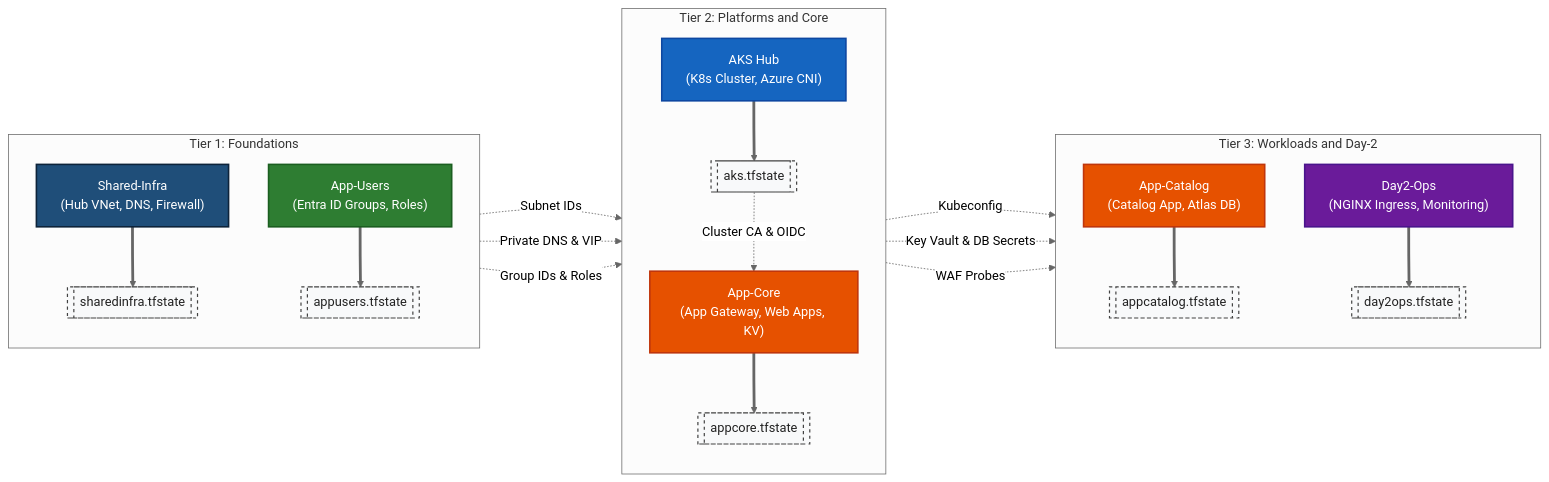
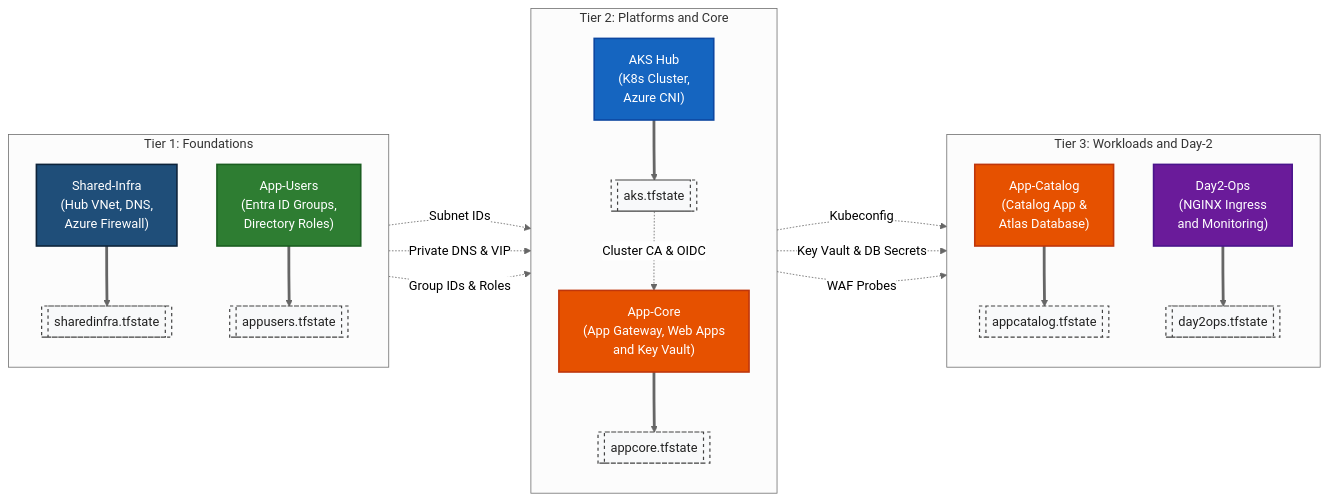
One commit to nubenetes/terraform-azure-devops-agentic changed the fourth of 6 diagrams in README.md. Above: the diagram before and after it, drawn with Mermaid (neutral theme).

Commit message:
docs: resolve text clipping in Section 6 diagram for App-Core node

````diff
--- a/README.md
+++ b/README.md
@@ -493,57 +493,57 @@
 ```mermaid
 flowchart LR
     classDef foundation fill:#1f4e79,stroke:#0d233a,stroke-width:2px,color:#fff;
     classDef identity fill:#2e7d32,stroke:#1b5e20,stroke-width:2px,color:#fff;
     classDef compute fill:#1565c0,stroke:#0d47a1,stroke-width:2px,color:#fff;
     classDef app fill:#e65100,stroke:#bf360c,stroke-width:2px,color:#fff;
     classDef ops fill:#6a1b9a,stroke:#4a148c,stroke-width:2px,color:#fff;
     classDef state fill:#f8f9fa,stroke:#424242,stroke-width:1.5px,stroke-dasharray: 4 4,color:#212121;
 
     subgraph Col1 ["Tier 1: Foundations"]
         direction TB
-        SI["Shared-Infra<br/>(Hub VNet, DNS, Firewall)"]
-        S_SI[["sharedinfra.tfstate"]]
+        SI["Shared-Infra<br/>(Hub VNet, DNS,<br/>Azure Firewall)"]
+        S_SI[[" sharedinfra.tfstate "]]
         SI ==> S_SI
         
-        AU["App-Users<br/>(Entra ID Groups, Roles)"]
-        S_AU[["appusers.tfstate"]]
+        AU["App-Users<br/>(Entra ID Groups,<br/>Directory Roles)"]
+        S_AU[[" appusers.tfstate "]]
         AU ==> S_AU
     end
 
     subgraph Col2 ["Tier 2: Platforms and Core"]
         direction TB
-        AKS["AKS Hub<br/>(K8s Cluster, Azure CNI)"]
-        S_AKS[["aks.tfstate"]]
+        AKS["AKS Hub<br/>(K8s Cluster,<br/>Azure CNI)"]
+        S_AKS[[" aks.tfstate "]]
         AKS ==> S_AKS
 
-        AC["App-Core<br/>(App Gateway, Web Apps, KV)"]
-        S_AC[["appcore.tfstate"]]
+        AC["App-Core<br/>(App Gateway, Web Apps<br/>and Key Vault)"]
+        S_AC[[" appcore.tfstate "]]
         AC ==> S_AC
     end
 
     subgraph Col3 ["Tier 3: Workloads and Day-2"]
         direction TB
-        CAT["App-Catalog<br/>(Catalog App, Atlas DB)"]
-        S_CAT[["appcatalog.tfstate"]]
+        CAT["App-Catalog<br/>(Catalog App &<br/>Atlas Database)"]
+        S_CAT[[" appcatalog.tfstate "]]
         CAT ==> S_CAT
 
-        D2["Day2-Ops<br/>(NGINX Ingress, Monitoring)"]
-        S_D2[["day2ops.tfstate"]]
+        D2["Day2-Ops<br/>(NGINX Ingress<br/>and Monitoring)"]
+        S_D2[[" day2ops.tfstate "]]
         D2 ==> S_D2
     end
 
     S_SI -.->|"Subnet IDs"| AKS
     S_SI -.->|"Private DNS & VIP"| AC
     S_AU -.->|"Group IDs & Roles"| AC
     S_AKS -.->|"Cluster CA & OIDC"| AC
     S_AKS -.->|"Kubeconfig"| D2
     S_AC -.->|"Key Vault & DB Secrets"| CAT
     S_AC -.->|"WAF Probes"| D2
 
     class SI foundation;
     class AU identity;
     class AKS compute;
     class AC,CAT app;
     class D2 ops;
     class S_SI,S_AU,S_AKS,S_AC,S_CAT,S_D2 state;
 ```
````
